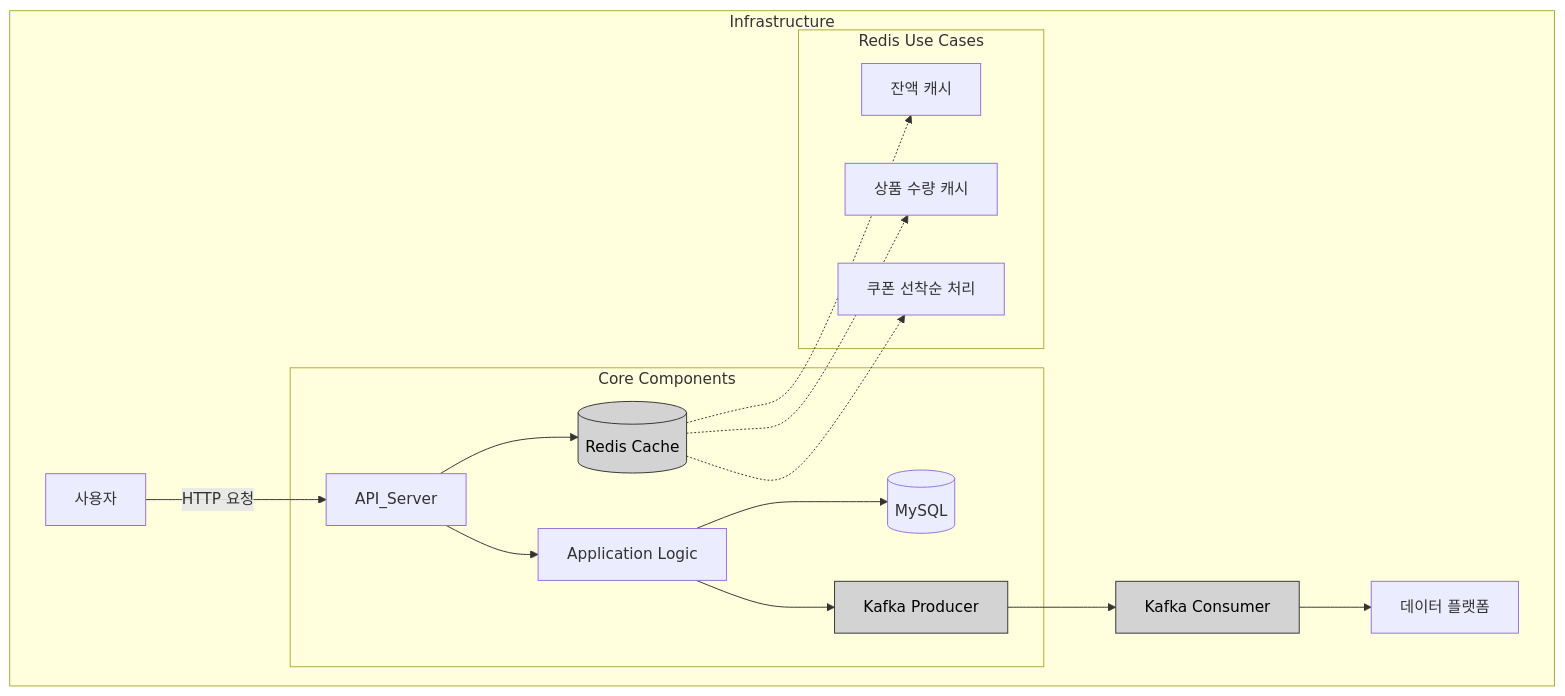
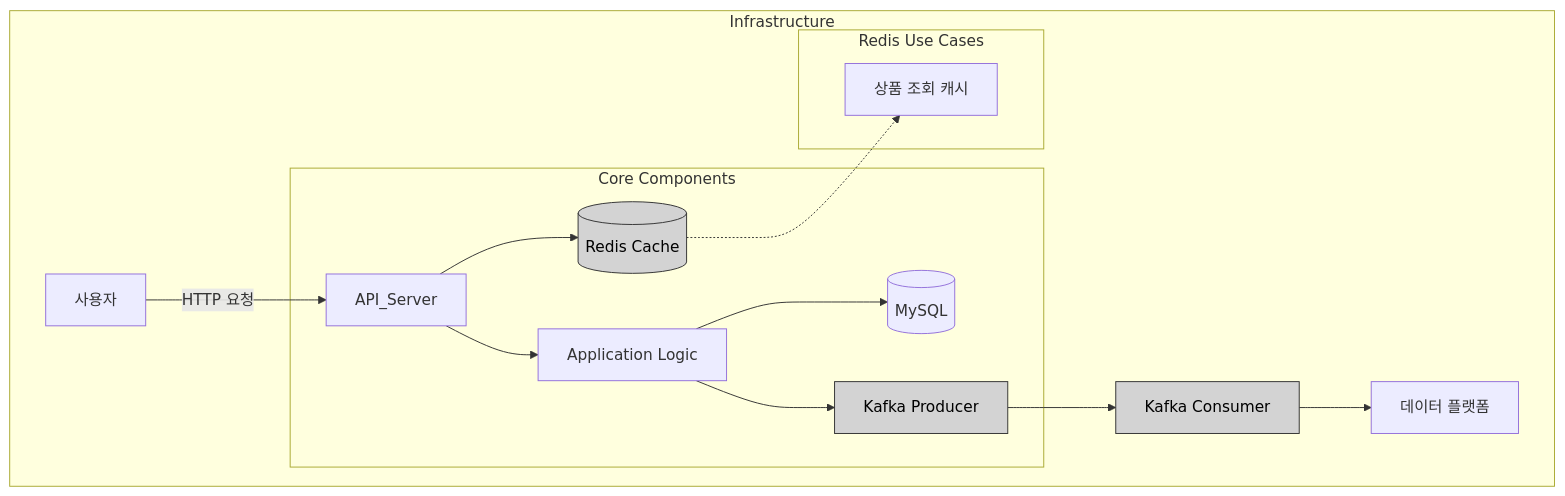
The sixth of 6 diagrams in README.md (JihyeO/hh99-server-e-commerce), drawn with Mermaid before and after one commit. The commit also changed other lines of this file and 1 other file, not shown here.

````diff
--- a/README.md
+++ b/README.md
@@ -166,25 +172,25 @@
 ```mermaid
 graph TD
   subgraph "Infrastructure"
     User[사용자] -->|HTTP 요청| API_Server[API_Server]
 
     subgraph Core Components
       API_Server --> Redis[(Redis Cache)]
       API_Server --> App_Service[Application Logic]
       App_Service --> DB[(MySQL)]
       App_Service --> Kafka["Kafka Producer"]
     end
 
     Kafka --> KafkaConsumer[Kafka Consumer]
     KafkaConsumer --> DataPlatform[데이터 플랫폼]
 
     subgraph Redis Use Cases
-      Redis -.-> BalanceCache[잔액 캐시]
-      Redis -.-> StockCache[상품 수량 캐시]
-      Redis -.-> CouponCounter[쿠폰 선착순 처리]
+      Redis -.-> ProductCache[상품 조회 캐시]
     end
-  end
 
-  classDef infra fill:#D3D3D3,stroke:#333,stroke-width:1px,color:#000000;
-  class Kafka,KafkaConsumer,Redis infra;
+end
+
+classDef infra fill:#D3D3D3,stroke:#333,stroke-width:1px,color:#000000;
+class Kafka,KafkaConsumer,Redis infra;
+
 ```
````
